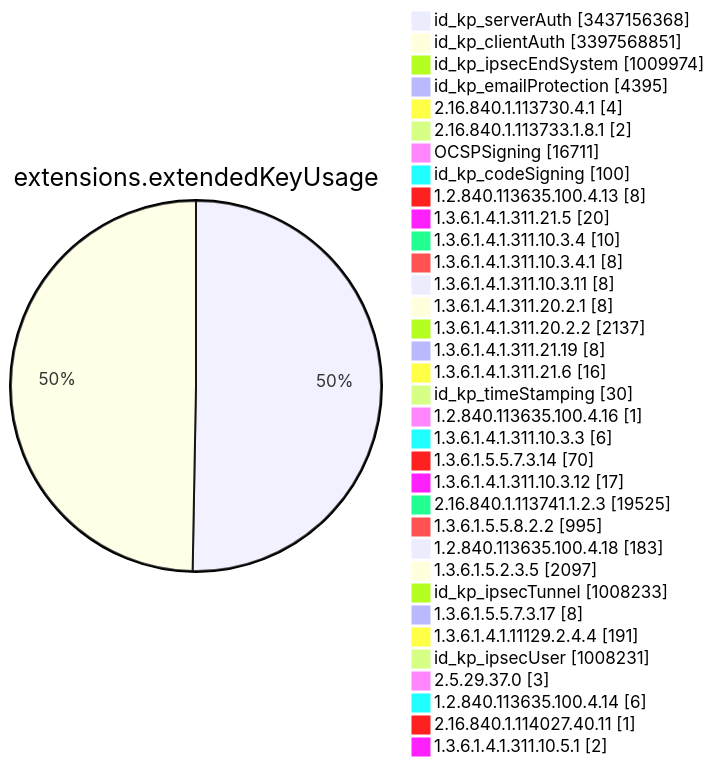
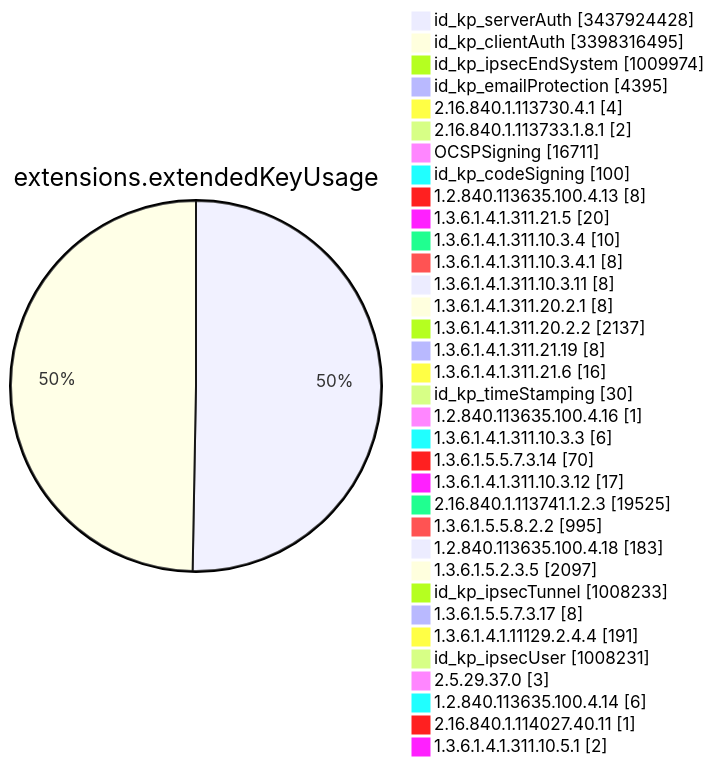
Diagram 11 of 15 in TOTAL/README.md (christiankrug/ctmonitor_visualization), drawn with Mermaid before and after one commit. The commit also changed other lines of this file, not shown here.

````diff
--- a/TOTAL/README.md
+++ b/TOTAL/README.md
@@ -4123,38 +4123,38 @@
 ```mermaid
 pie showData
 title extensions.extendedKeyUsage
-"id_kp_serverAuth" :3437156368
-"id_kp_clientAuth" :3397568851
+"id_kp_serverAuth" :3437924428
+"id_kp_clientAuth" :3398316495
 "id_kp_ipsecEndSystem" :1009974
 "id_kp_emailProtection" :4395
 "2.16.840.1.113730.4.1" :4
 "2.16.840.1.113733.1.8.1" :2
 "OCSPSigning" :16711
 "id_kp_codeSigning" :100
 "1.2.840.113635.100.4.13" :8
 "1.3.6.1.4.1.311.21.5" :20
 "1.3.6.1.4.1.311.10.3.4" :10
 "1.3.6.1.4.1.311.10.3.4.1" :8
 "1.3.6.1.4.1.311.10.3.11" :8
 "1.3.6.1.4.1.311.20.2.1" :8
 "1.3.6.1.4.1.311.20.2.2" :2137
 "1.3.6.1.4.1.311.21.19" :8
 "1.3.6.1.4.1.311.21.6" :16
 "id_kp_timeStamping" :30
 "1.2.840.113635.100.4.16" :1
 "1.3.6.1.4.1.311.10.3.3" :6
 "1.3.6.1.5.5.7.3.14" :70
 "1.3.6.1.4.1.311.10.3.12" :17
 "2.16.840.1.113741.1.2.3" :19525
 "1.3.6.1.5.5.8.2.2" :995
 "1.2.840.113635.100.4.18" :183
 "1.3.6.1.5.2.3.5" :2097
 "id_kp_ipsecTunnel" :1008233
 "1.3.6.1.5.5.7.3.17" :8
 "1.3.6.1.4.1.11129.2.4.4" :191
 "id_kp_ipsecUser" :1008231
 "2.5.29.37.0" :3
 "1.2.840.113635.100.4.14" :6
 "2.16.840.1.114027.40.11" :1
 "1.3.6.1.4.1.311.10.5.1" :2
 ```
````
